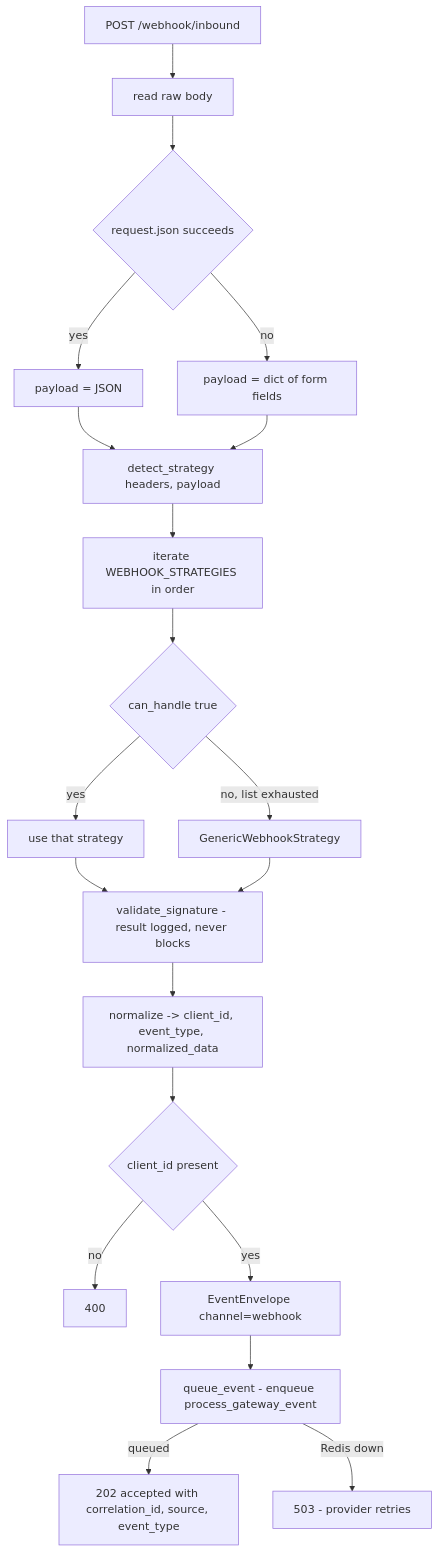
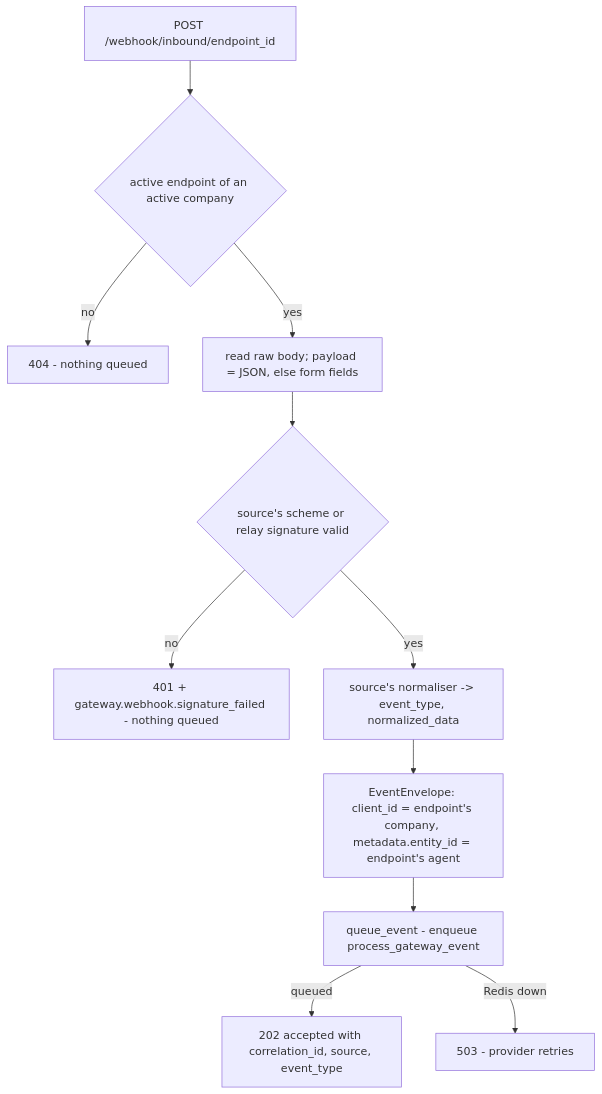
Before and after one commit to gondolerahul/hire-buddha-app: the eighth of 20 diagrams in docs/current/13-gateway-and-realtime.md, drawn with Mermaid. The commit also changed other lines of this file and 21 other files, not shown here.

````diff
--- a/docs/current/13-gateway-and-realtime.md
+++ b/docs/current/13-gateway-and-realtime.md
@@ -551,22 +574,13 @@
 ```mermaid
 flowchart TD
-    IN["POST /webhook/inbound"] --> BODY["read raw body"]
-    BODY --> PARSE{"request.json succeeds"}
-    PARSE -->|yes| PJ["payload = JSON"]
-    PARSE -->|no| PF["payload = dict of form fields"]
-    PJ --> DET["detect_strategy headers, payload"]
-    PF --> DET
-    DET --> LOOP["iterate WEBHOOK_STRATEGIES in order"]
-    LOOP --> HIT{"can_handle true"}
-    HIT -->|yes| S["use that strategy"]
-    HIT -->|no, list exhausted| G["GenericWebhookStrategy"]
-    S --> SIG["validate_signature - result logged, never blocks"]
-    G --> SIG
-    SIG --> NORM["normalize -> client_id, event_type, normalized_data"]
-    NORM --> CID{"client_id present"}
-    CID -->|no| R400["400"]
-    CID -->|yes| ENV["EventEnvelope channel=webhook"]
+    IN["POST /webhook/inbound/endpoint_id"] --> LOAD{"active endpoint of an active company"}
+    LOAD -->|no| R404["404 - nothing queued"]
+    LOAD -->|yes| BODY["read raw body; payload = JSON, else form fields"]
+    BODY --> SIG{"source's scheme or relay signature valid"}
+    SIG -->|no| R401["401 + gateway.webhook.signature_failed - nothing queued"]
+    SIG -->|yes| NORM["source's normaliser -> event_type, normalized_data"]
+    NORM --> ENV["EventEnvelope: client_id = endpoint's company, metadata.entity_id = endpoint's agent"]
     ENV --> QE["queue_event - enqueue process_gateway_event"]
     QE -->|queued| R202["202 accepted with correlation_id, source, event_type"]
     QE -->|Redis down| R503["503 - provider retries"]
 ```
````
